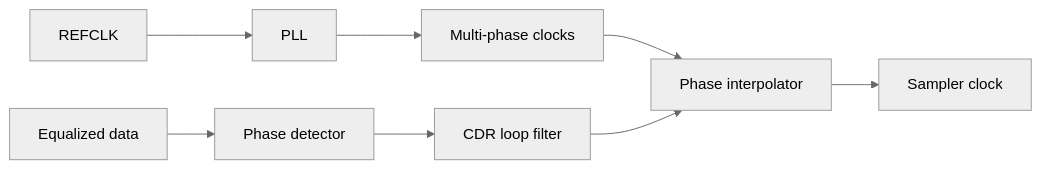
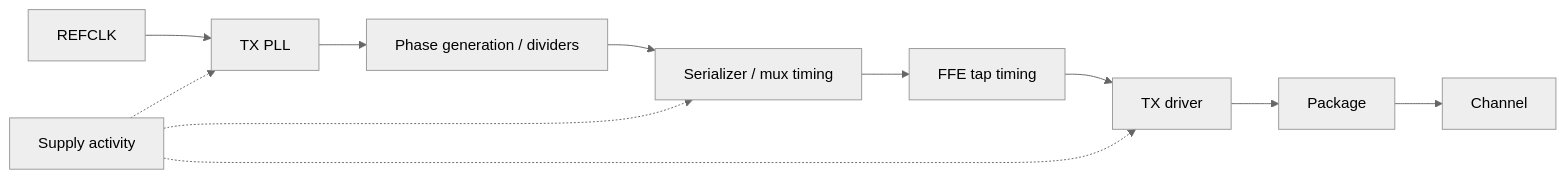
One commit to uopuwe/Second_Brain changed the fourth of 8 diagrams in 01_AnalogIC_SerDes/PLL_CDR_Clocking/pll_phase_noise_jitter.md. Above: the diagram before and after it, drawn with Mermaid (neutral theme). The commit also changed other lines of this file and 21 other files, not shown here.

Commit message:
combined phase_noise_jitter and pll_phase_noise_jitter

````diff
--- a/01_AnalogIC_SerDes/PLL_CDR_Clocking/pll_phase_noise_jitter.md
+++ b/01_AnalogIC_SerDes/PLL_CDR_Clocking/pll_phase_noise_jitter.md
@@ -427,10 +638,13 @@
 ```mermaid
 flowchart LR
-  REF[REFCLK] --> PLL[PLL]
-  PLL --> MP[Multi-phase clocks]
-  MP --> PI[Phase interpolator]
-  DATA[Equalized data] --> PD[Phase detector]
-  PD --> LF[CDR loop filter]
-  LF --> PI
-  PI --> SAM[Sampler clock]
+  REF[REFCLK] --> PLL[TX PLL]
+  PLL --> PH[Phase generation / dividers]
+  PH --> SER[Serializer / mux timing]
+  SER --> FFE[FFE tap timing]
+  FFE --> DRV[TX driver]
+  DRV --> PKG[Package]
+  PKG --> CH[Channel]
+  SUP[Supply activity] -.-> PLL
+  SUP -.-> SER
+  SUP -.-> DRV
 ```
````
